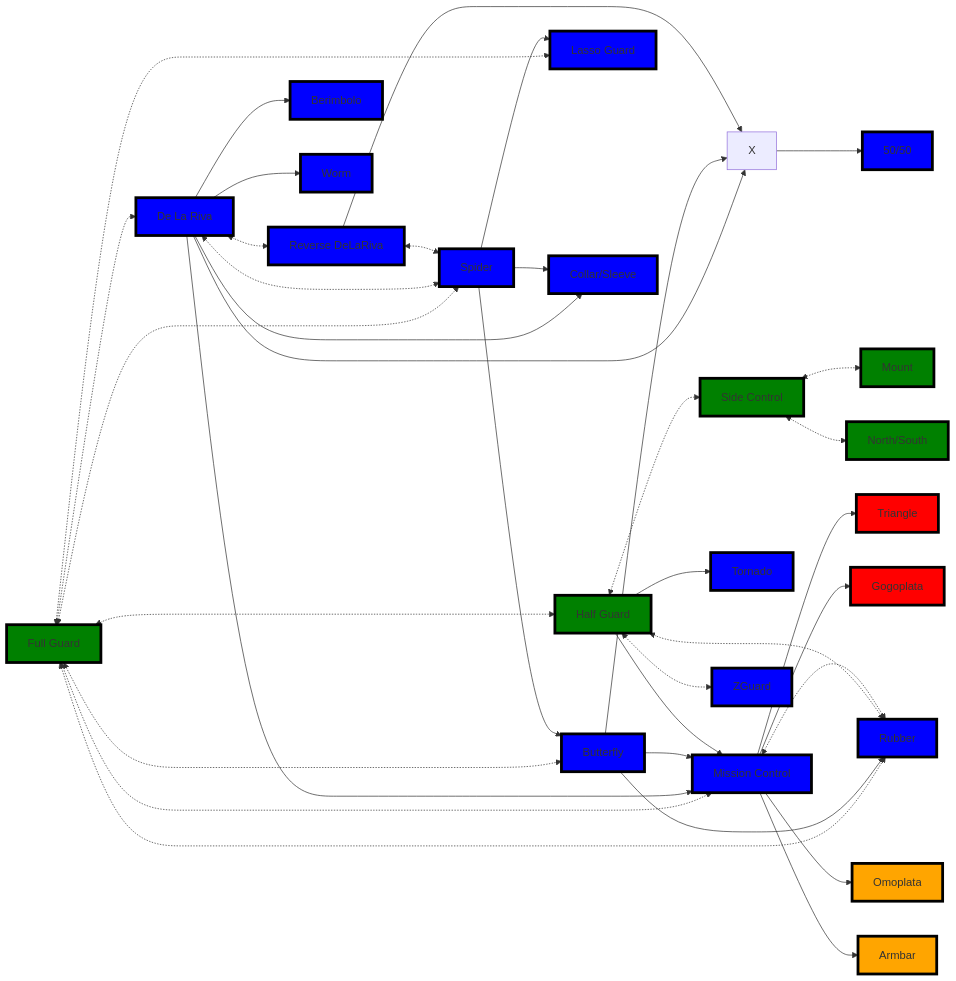
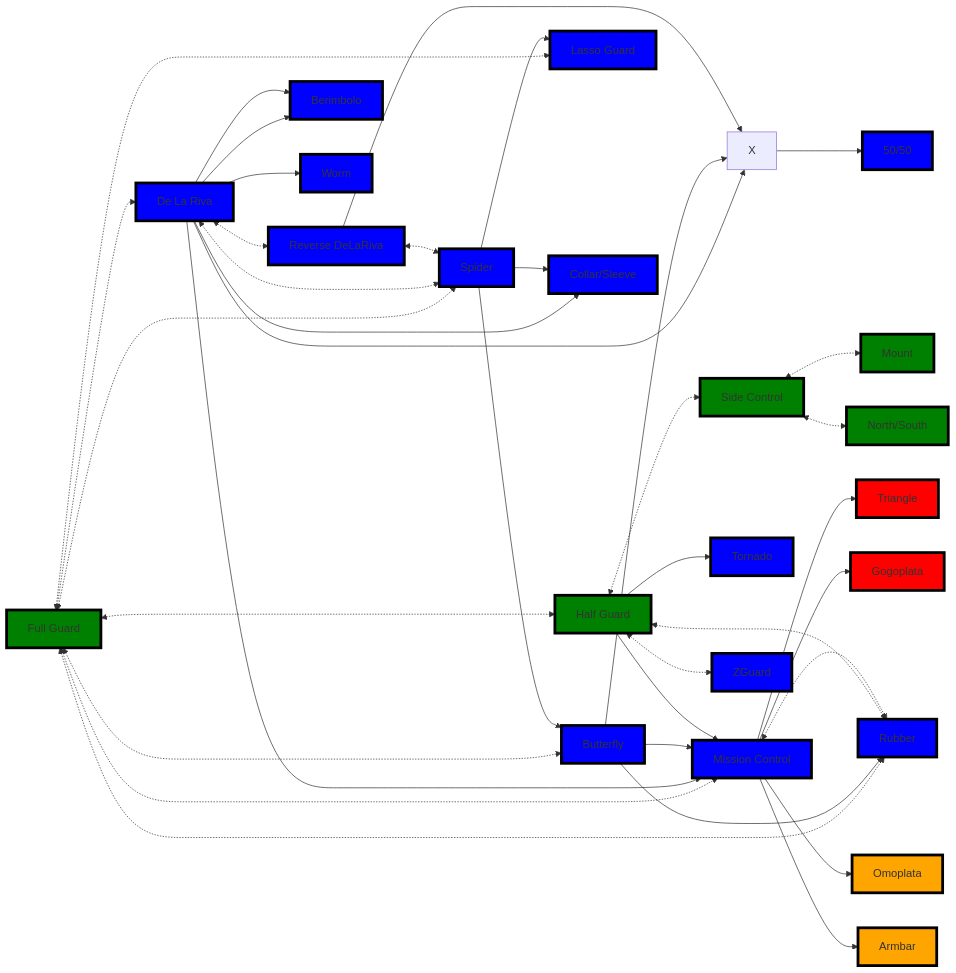
Before and after one commit to jacgit18/DevHiveMind: the first of 3 diagrams in _Fitness/MMA/Guards Directory.md, drawn with Mermaid. The commit also changed 1 other file, not shown here.

Commit message:
M "_Fitness/MMA/Guards Directory.md"  M _Fitness/MMA/Untitled.md

```diff
--- a/_Fitness/MMA/Guards Directory.md
+++ b/_Fitness/MMA/Guards Directory.md
@@ -100,8 +100,10 @@
     B --> G
     B <-.-> L
     B --> M
+    B --> M
     B --> O
     B --> R
+    
     C --> D
     C --> E
     C --> G
```
